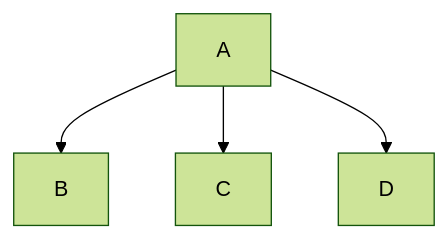
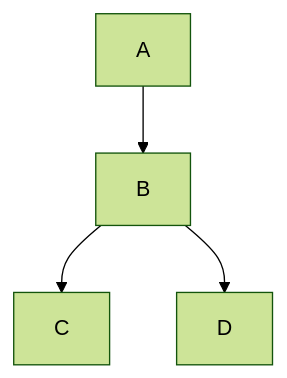
The diagram in test1.md (chanduujjina/JSE_Practice_2025_B1), drawn with Mermaid (forest theme) before and after one commit.

````diff
--- a/test1.md
+++ b/test1.md
@@ -1,6 +1,6 @@
 ```mermaid
 graph TD;
     A-->B;
-    A-->C;
-    A-->D
+    B-->C;
+    B-->D
 ```
````
